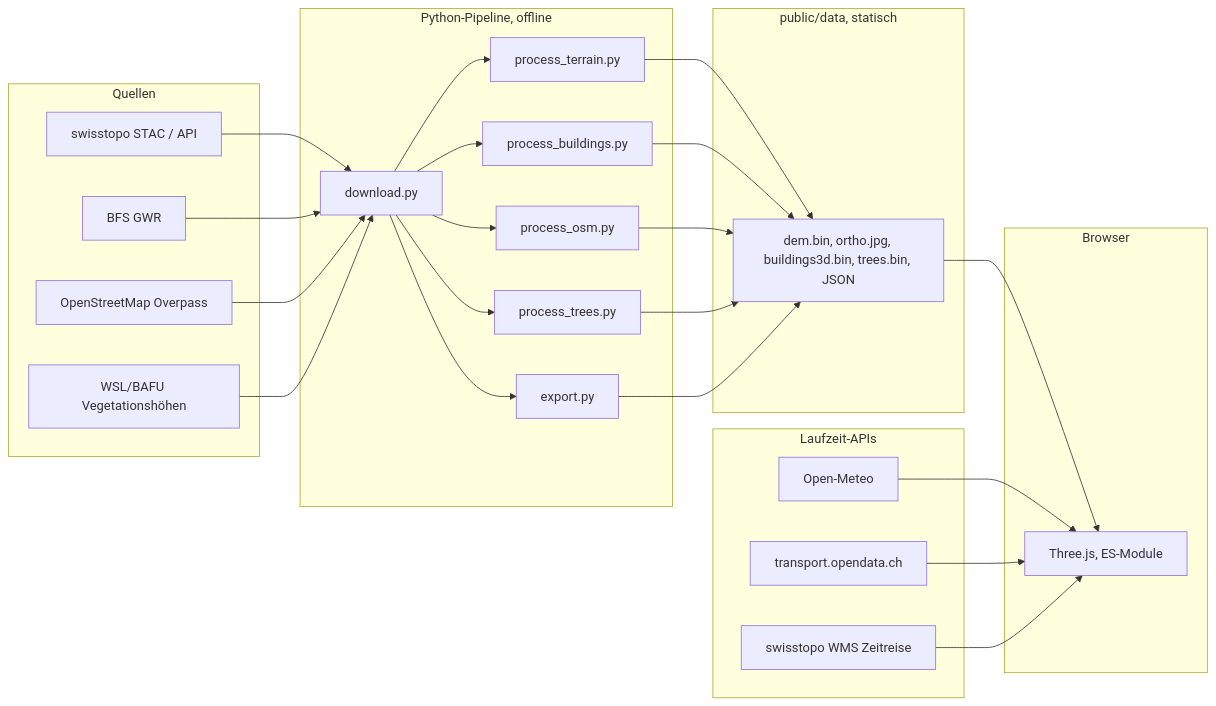
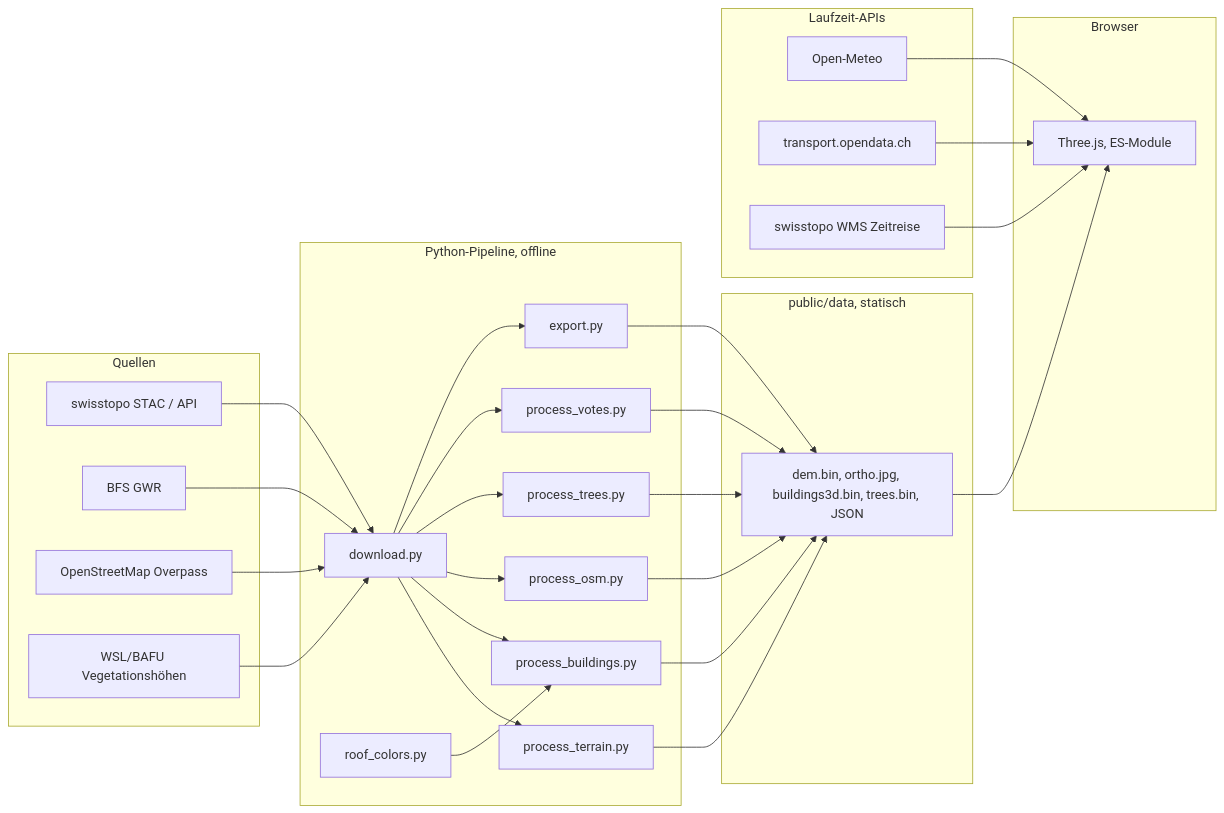
Before and after one commit to Zimphi75/brunnen-3d: the diagram in docs/architecture.md, drawn with Mermaid. The commit also changed other lines of this file and 34 other files, not shown here.

````diff
--- a/docs/architecture.md
+++ b/docs/architecture.md
@@ -5,38 +5,41 @@
 ```mermaid
 flowchart LR
   subgraph Quellen
     S[swisstopo STAC / API]
     B[BFS GWR]
     O[OpenStreetMap Overpass]
     V[WSL/BAFU Vegetationshöhen]
   end
   subgraph Pipeline[Python-Pipeline, offline]
     D[download.py]
     T[process_terrain.py]
     G[process_buildings.py]
     M[process_osm.py]
     R[process_trees.py]
+    Q[process_votes.py]
+    C[roof_colors.py]
     E[export.py]
   end
   subgraph Daten[public/data, statisch]
     F[dem.bin, ortho.jpg, buildings3d.bin, trees.bin, JSON]
   end
   subgraph Browser
     JS[Three.js, ES-Module]
   end
   subgraph Laufzeit-APIs
     W[Open-Meteo]
     P[transport.opendata.ch]
     Z[swisstopo WMS Zeitreise]
   end
   S --> D
   B --> D
   O --> D
   V --> D
-  D --> T & G & M & R & E
-  T & G & M & R & E --> F
+  D --> T & G & M & R & Q & E
+  C --> G
+  T & G & M & R & Q & E --> F
   F --> JS
   W --> JS
   P --> JS
   Z --> JS
 ```
````
